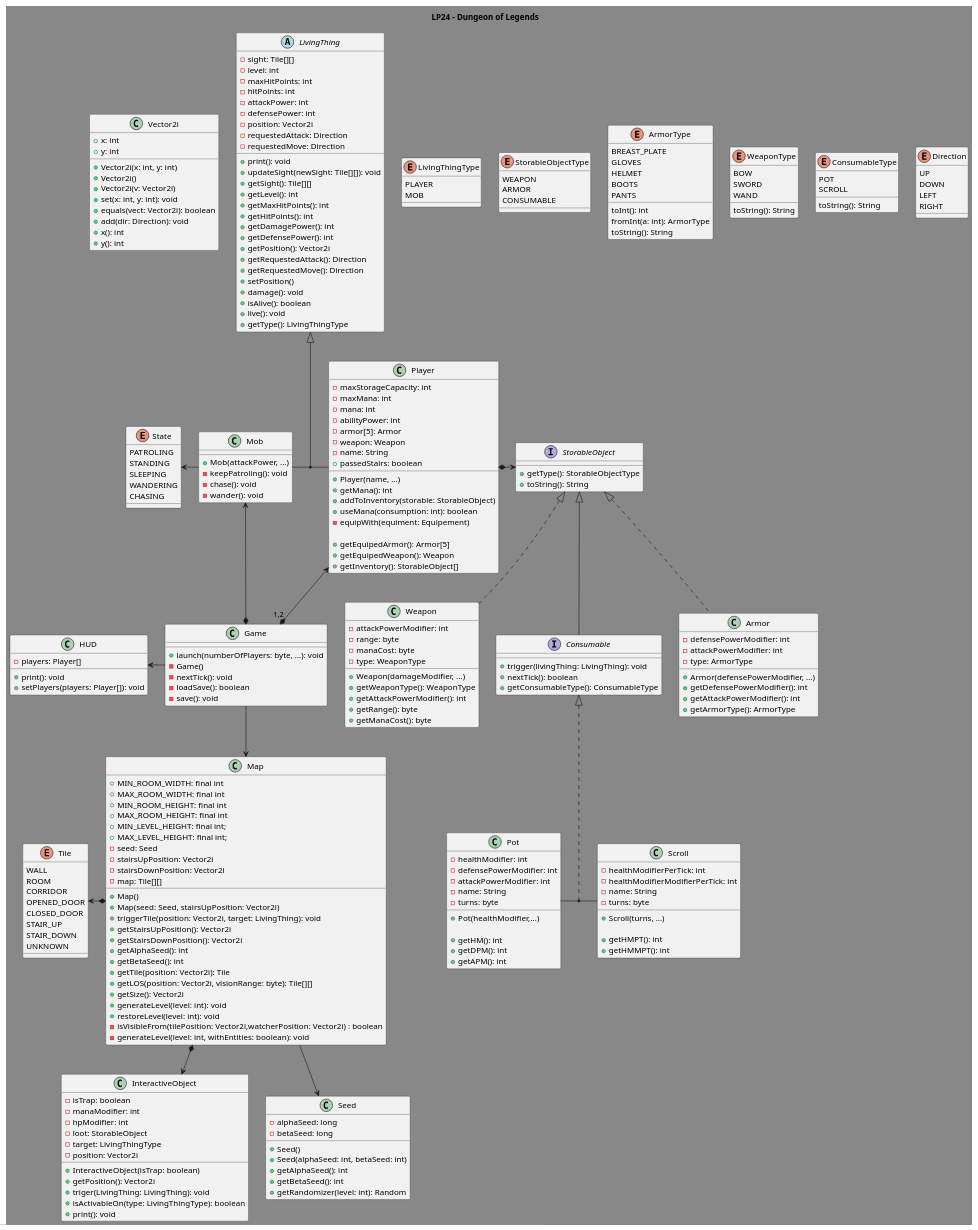
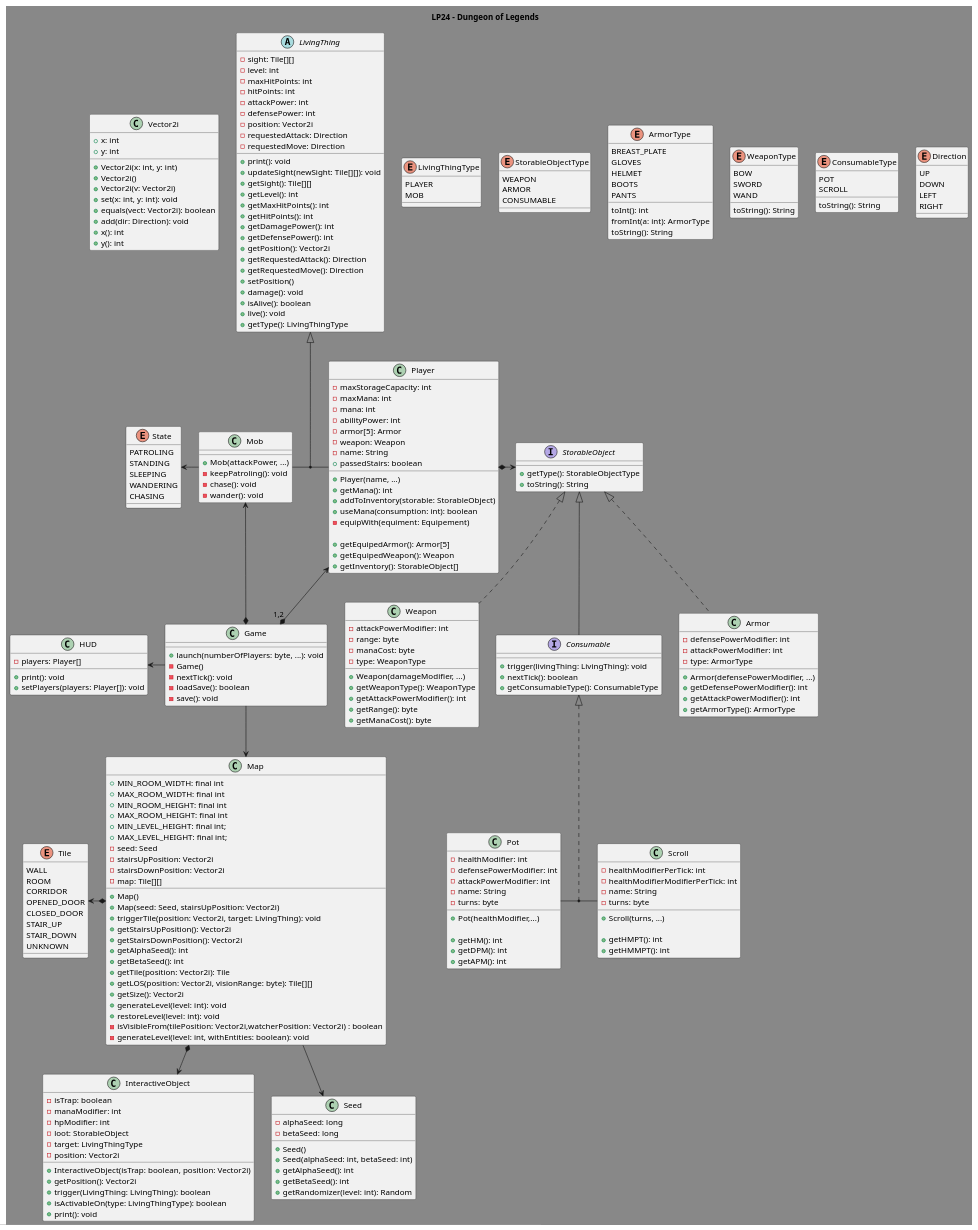
One commit to TiWinDeTea/Raoul-the-Game changed the diagram in diagram.puml. Above: the diagram before and after it, drawn with PlantUML. The commit also changed 3 other files, not shown here.

```diff
--- a/diagram.puml
+++ b/diagram.puml
@@ -270,9 +270,9 @@
     - loot: StorableObject
     - target: LivingThingType
     - position: Vector2i
-    + InteractiveObject(isTrap: boolean)
+    + InteractiveObject(isTrap: boolean, position: Vector2i)
     + getPosition(): Vector2i
-    + triger(LivingThing: LivingThing): void
+    + trigger(LivingThing: LivingThing): boolean
     + isActivableOn(type: LivingThingType): boolean
     + print(): void
 }
```
